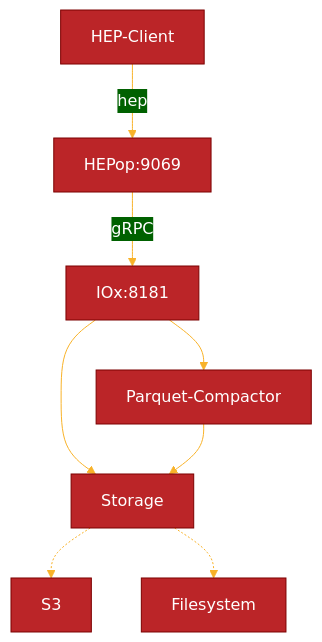
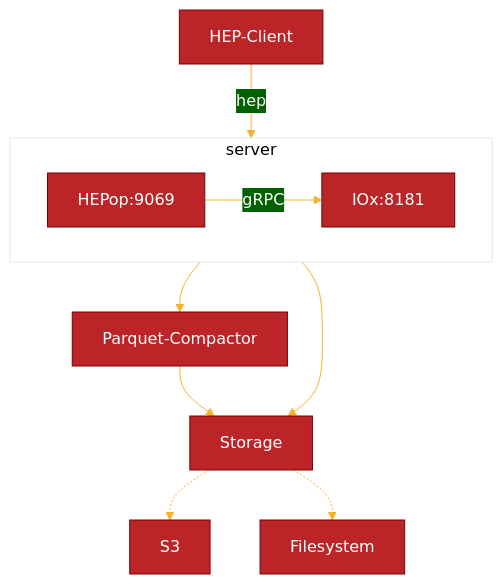
The diagram in README.md (sipcapture/HEPop), drawn with Mermaid before and after one commit.

````diff
--- a/README.md
+++ b/README.md
@@ -16,25 +16,30 @@
 ```mermaid
 %%{
   init: {
     'theme': 'base',
     'themeVariables': {
       'primaryColor': '#BB2528',
       'primaryTextColor': '#fff',
       'primaryBorderColor': '#7C0000',
       'lineColor': '#F8B229',
       'secondaryColor': '#006100',
       'tertiaryColor': '#fff'
     }
   }
 }%%
 
   graph TD;
-      HEP-Client-- hep -->HEPop:9069;
+      HEP-Client-- hep -->server;
       HEPop:9069-- gRPC -->IOx:8181;
-      IOx:8181-->Storage;
-      IOx:8181-->Parquet-Compactor;
+      server-->Storage;
+      server-->Parquet-Compactor;
       Parquet-Compactor-->Storage;
       Storage-.->S3;
       Storage-.->Filesystem;
 
+      subgraph server
+        HEPop:9069
+        IOx:8181
+      end
+
 ```
````
